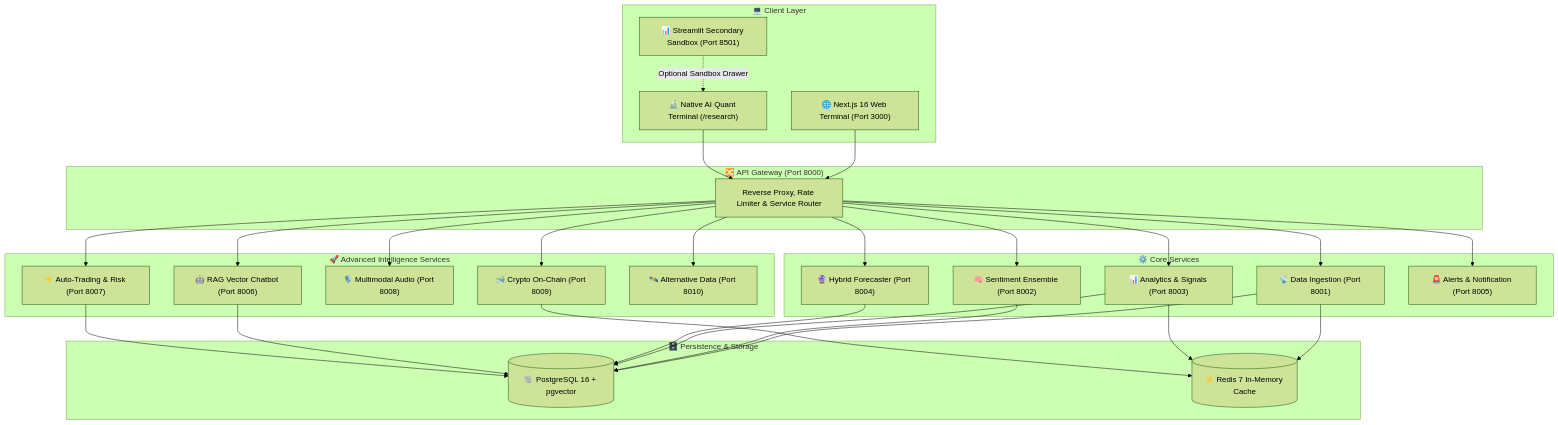
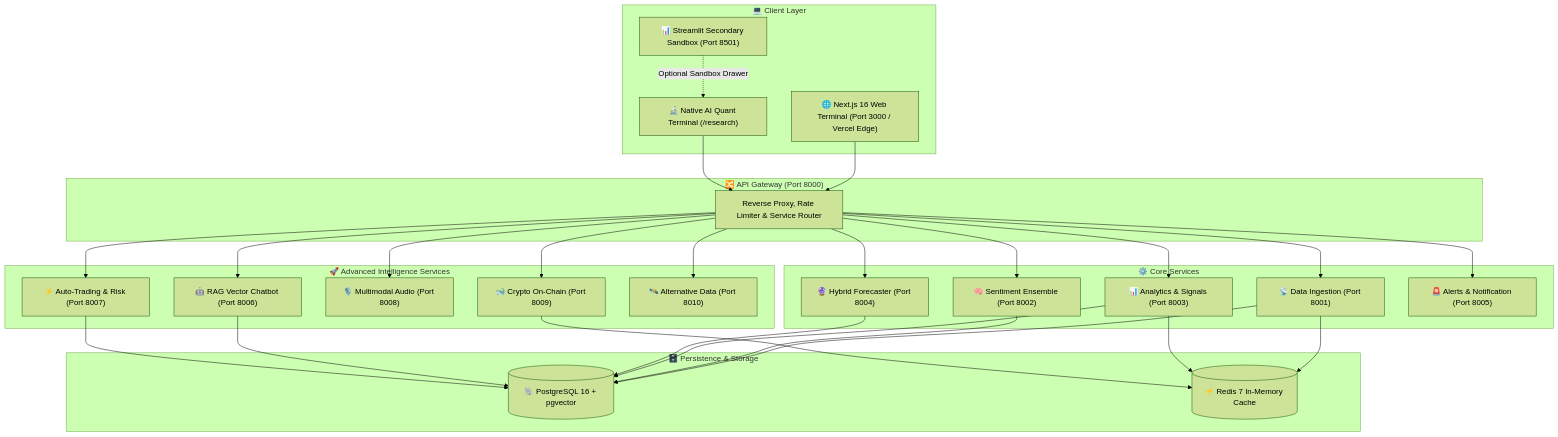
Before and after one commit to indrajitkumar23541-a11y/Indra-MarketMind: the diagram in README.md, drawn with Mermaid (forest theme). The commit also changed other lines of this file, not shown here.

Commit message:
docs: add live Vercel production links and deep architectural breakdown to README

````diff
--- a/README.md
+++ b/README.md
@@ -180,50 +302,50 @@
 ```mermaid
 graph TB
     subgraph CLIENT["💻 Client Layer"]
-        UI["🌐 Next.js 16 Web Terminal (Port 3000)"]
+        UI["🌐 Next.js 16 Web Terminal (Port 3000 / Vercel Edge)"]
         QUANT["🔬 Native AI Quant Terminal (/research)"]
         STREAMLIT["📊 Streamlit Secondary Sandbox (Port 8501)"]
     end
 
     subgraph INGRESS["🔀 API Gateway (Port 8000)"]
         GW["Reverse Proxy, Rate Limiter & Service Router"]
     end
 
     subgraph CORE_SERVICES["⚙️ Core Services"]
         S1["📡 Data Ingestion (Port 8001)"]
         S2["🧠 Sentiment Ensemble (Port 8002)"]
         S3["📊 Analytics & Signals (Port 8003)"]
         S4["🔮 Hybrid Forecaster (Port 8004)"]
         S5["🚨 Alerts & Notification (Port 8005)"]
     end
 
     subgraph ADVANCED_SERVICES["🚀 Advanced Intelligence Services"]
         S6["🤖 RAG Vector Chatbot (Port 8006)"]
         S7["⚡ Auto-Trading & Risk (Port 8007)"]
         S8["🎙️ Multimodal Audio (Port 8008)"]
         S9["🐋 Crypto On-Chain (Port 8009)"]
         S10["🛰️ Alternative Data (Port 8010)"]
     end
 
     subgraph DATA_LAYER["🗄️ Persistence & Storage"]
         PG[("🐘 PostgreSQL 16 + pgvector")]
         REDIS[("⚡ Redis 7 In-Memory Cache")]
     end
 
     UI --> GW
     QUANT --> GW
     STREAMLIT -.->|Optional Sandbox Drawer| QUANT
     GW --> S1
     GW --> S2
     GW --> S3
     GW --> S4
     GW --> S5
     GW --> S6
     GW --> S7
     GW --> S8
     GW --> S9
     GW --> S10
 
     S1 & S2 & S3 & S4 & S6 & S7 --> PG
     S1 & S3 & S9 --> REDIS
 ```
````
